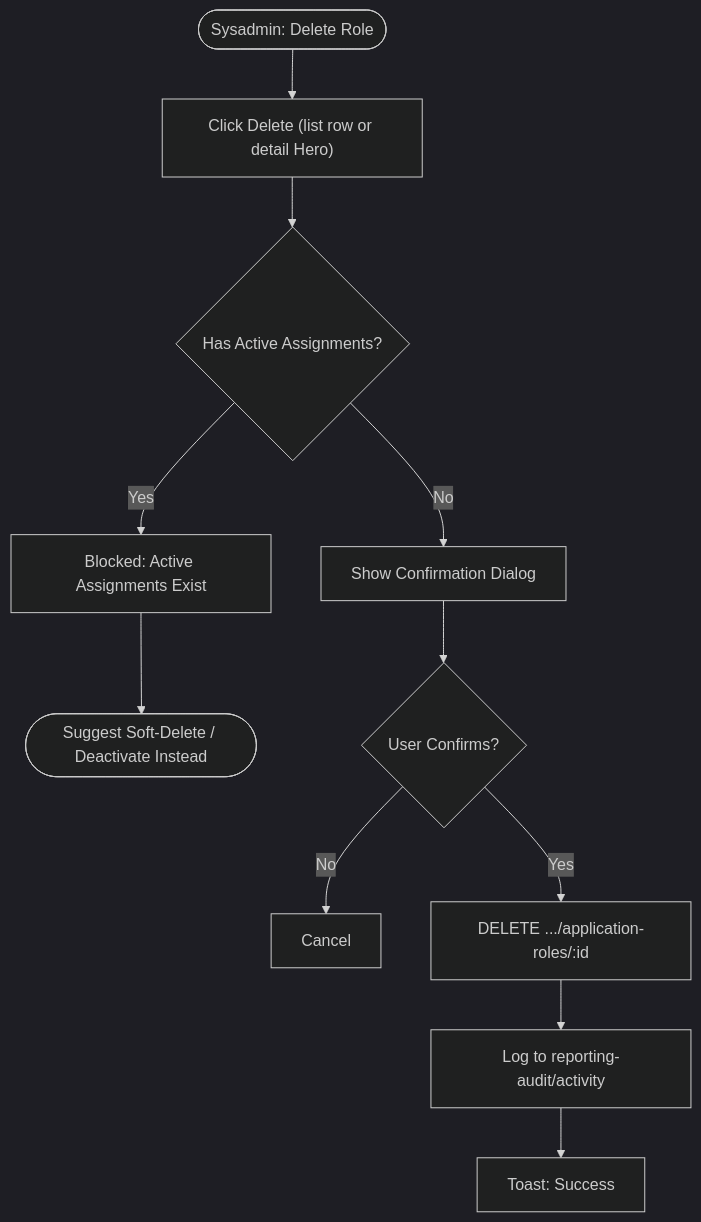
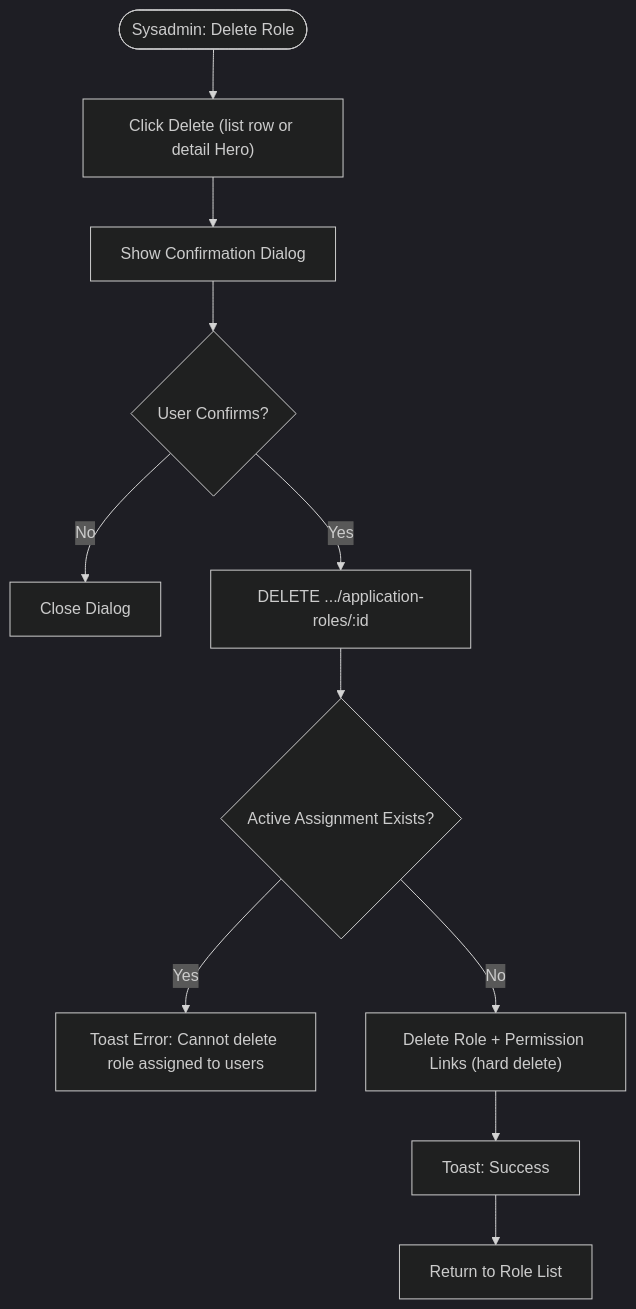
One commit to CarmenSoftware-organization/carmen-wiki changed the second of 2 diagrams in en/inventory/access-control/application-role.md. Above: the diagram before and after it, drawn with Mermaid (dark theme). The commit also changed other lines of this file and 3 other files, not shown here.

Commit message:
fix(access-control,templates): drop fabricated role steps, correct delete flow and citations (review round 1)

````diff
--- a/en/inventory/access-control/application-role.md
+++ b/en/inventory/access-control/application-role.md
@@ -69,13 +70,13 @@
 ```mermaid
 flowchart TD
     Start(["Sysadmin: Delete Role"]) --> ClickDelete["Click Delete (list row or detail Hero)"]
-    ClickDelete --> CheckUsers{"Has Active Assignments?"}
-    CheckUsers -->|"Yes"| ShowError["Blocked: Active Assignments Exist"]
-    ShowError --> End1(["Suggest Soft-Delete / Deactivate Instead"])
-    CheckUsers -->|"No"| Confirm["Show Confirmation Dialog"]
+    ClickDelete --> Confirm["Show Confirmation Dialog"]
     Confirm --> UserConfirms{"User Confirms?"}
-    UserConfirms -->|"No"| Cancel["Cancel"]
-    UserConfirms -->|"Yes"| DeleteRole["DELETE .../application-roles/:id"]
-    DeleteRole --> LogAudit["Log to reporting-audit/activity"]
-    LogAudit --> Success["Toast: Success"]
+    UserConfirms -->|"No"| Cancel["Close Dialog"]
+    UserConfirms -->|"Yes"| DeleteReq["DELETE .../application-roles/:id"]
+    DeleteReq --> CheckUsers{"Active Assignment Exists?"}
+    CheckUsers -->|"Yes"| ShowError["Toast Error: Cannot delete role assigned to users"]
+    CheckUsers -->|"No"| DeleteRole["Delete Role + Permission Links (hard delete)"]
+    DeleteRole --> Success["Toast: Success"]
+    Success --> ReturnList["Return to Role List"]
 ```
````
